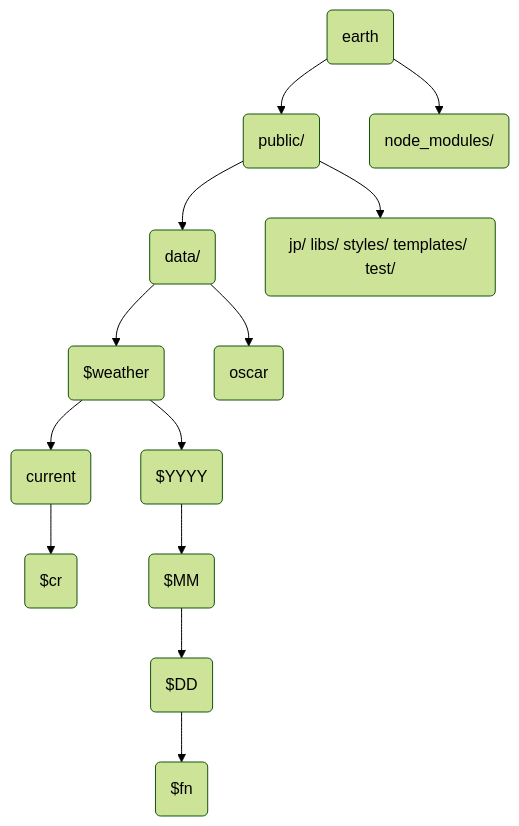
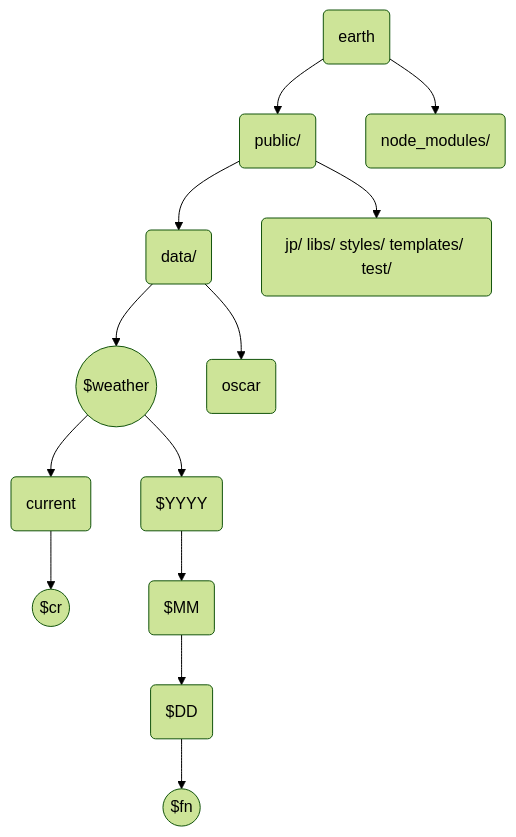
Before and after one commit to sinotec2/FAQ: the diagram in _posts/2022-08-05-earth_gfs.md, drawn with Mermaid (forest theme).

````diff
--- a/_posts/2022-08-05-earth_gfs.md
+++ b/_posts/2022-08-05-earth_gfs.md
@@ -61,15 +61,15 @@
 ```mermaid
 graph TD
     A(earth) --> B(public/)
     A --> C(node_modules/)
     B --> D(data/)
     B --> E(jp/ libs/ styles/ templates/ test/)
-    D --> F($weather)
+    D --> F(($weather))
     D --> H(oscar)
     F --> I(current)
-    I --> J($cr)
+    I --> J(($cr))
     F --> K($YYYY)
     K --> L($MM)
     L --> M($DD)
-    M --> N($fn)
+    M --> N(($fn))
 ```  
````
